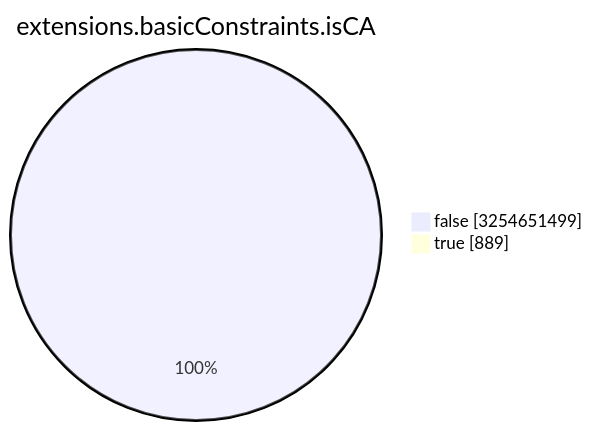
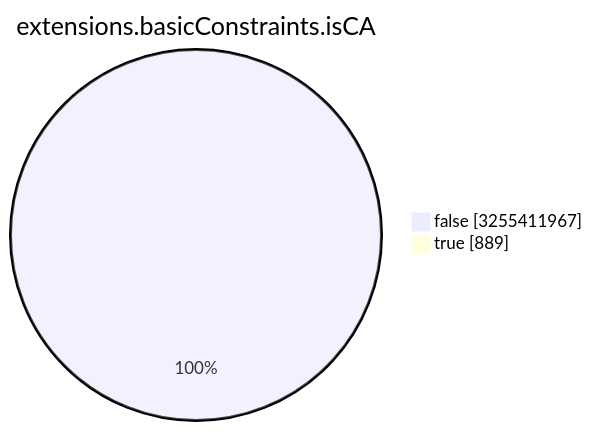
One commit to christiankrug/ctmonitor_visualization changed the seventh of 15 diagrams in TOTAL/README.md. Above: the diagram before and after it, drawn with Mermaid. The commit also changed other lines of this file, not shown here.

````diff
--- a/TOTAL/README.md
+++ b/TOTAL/README.md
@@ -3088,6 +3088,6 @@
 ```mermaid
 pie showData
 title extensions.basicConstraints.isCA
-"false" :3254651499
+"false" :3255411967
 "true" :889
 ```
````
